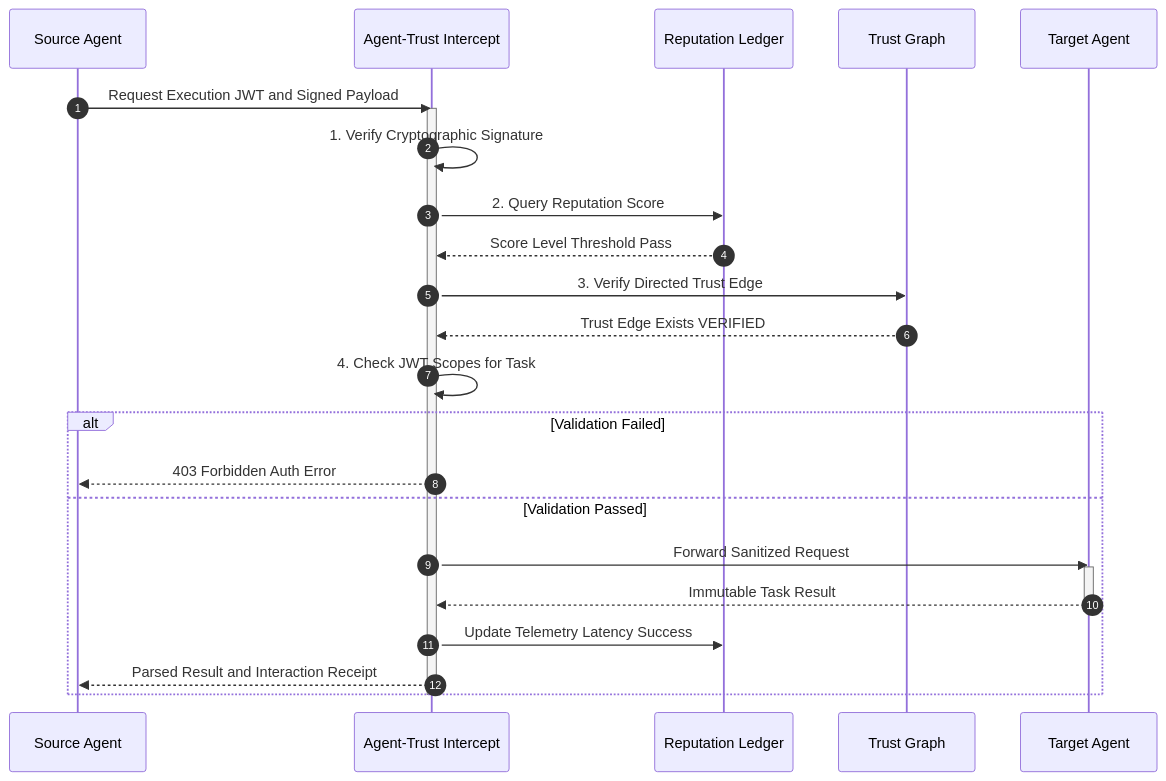
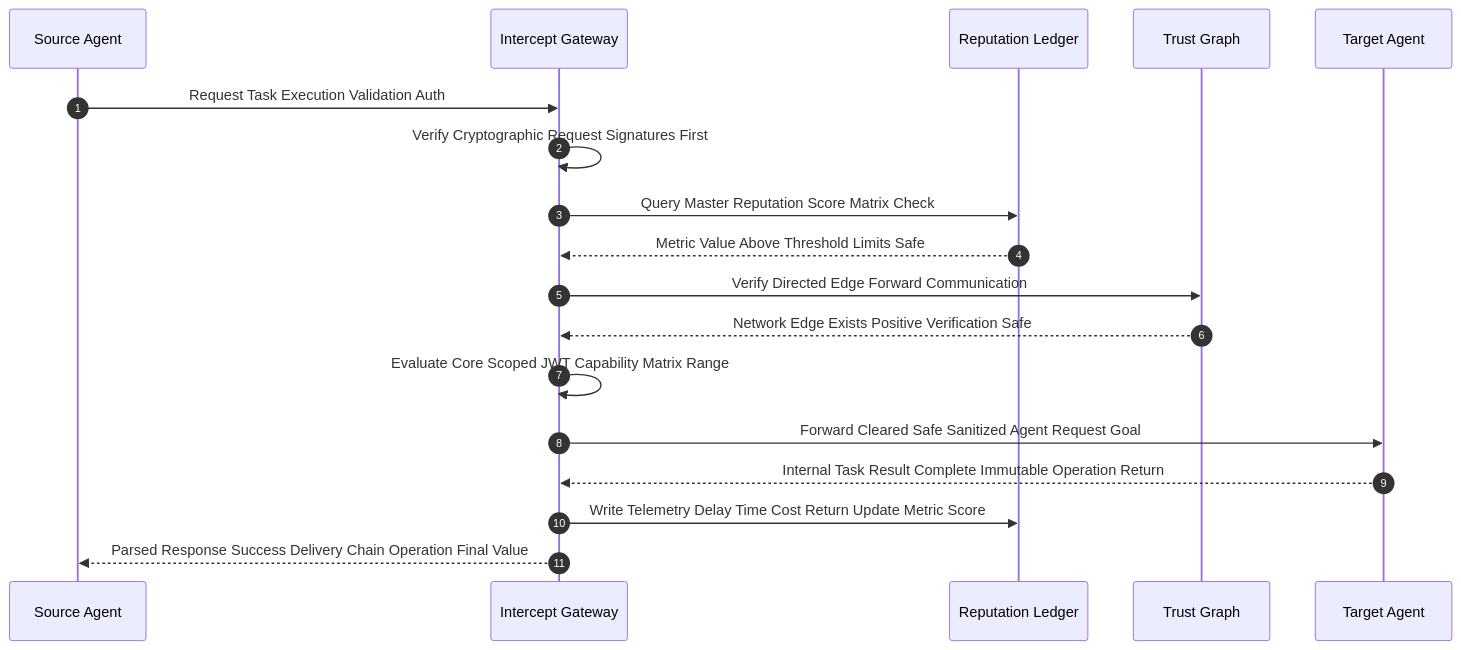
One commit to MrDecryptDecipher/Agent-Trust changed the second of 30 diagrams in README.md. Above: the diagram before and after it, drawn with Mermaid. The commit also changed other lines of this file, not shown here.

Commit message:
Ultra-strict diagram rendering using pure alphanumeric sequences and explicit non-cyclic flow structures

````diff
--- a/README.md
+++ b/README.md
@@ -49,29 +38,21 @@
 ```mermaid
 sequenceDiagram
     autonumber
-    participant M as Source Agent
-    participant GW as Agent-Trust Intercept
-    participant Ledger as Reputation Ledger
+    participant Src as Source Agent
+    participant GW as Intercept Gateway
+    participant Ledg as Reputation Ledger
     participant Graph as Trust Graph
-    participant T as Target Agent
+    participant Tgt as Target Agent
     
-    M->>GW: Request Execution JWT and Signed Payload
-    activate GW
-    GW->>GW: 1. Verify Cryptographic Signature
-    GW->>Ledger: 2. Query Reputation Score
-    Ledger-->>GW: Score Level Threshold Pass
-    GW->>Graph: 3. Verify Directed Trust Edge
-    Graph-->>GW: Trust Edge Exists VERIFIED
-    GW->>GW: 4. Check JWT Scopes for Task
-    alt Validation Failed
-        GW-->>M: 403 Forbidden Auth Error
-    else Validation Passed
-        GW->>T: Forward Sanitized Request
-        activate T
-        T-->>GW: Immutable Task Result
-        deactivate T
-        GW->>Ledger: Update Telemetry Latency Success
-        GW-->>M: Parsed Result and Interaction Receipt
-    end
-    deactivate GW
+    Src->>GW: Request Task Execution Validation Auth
+    GW->>GW: Verify Cryptographic Request Signatures First
+    GW->>Ledg: Query Master Reputation Score Matrix Check
+    Ledg-->>GW: Metric Value Above Threshold Limits Safe
+    GW->>Graph: Verify Directed Edge Forward Communication
+    Graph-->>GW: Network Edge Exists Positive Verification Safe
+    GW->>GW: Evaluate Core Scoped JWT Capability Matrix Range
+    GW->>Tgt: Forward Cleared Safe Sanitized Agent Request Goal
+    Tgt-->>GW: Internal Task Result Complete Immutable Operation Return 
+    GW->>Ledg: Write Telemetry Delay Time Cost Return Update Metric Score
+    GW-->>Src: Parsed Response Success Delivery Chain Operation Final Value
 ```
````
